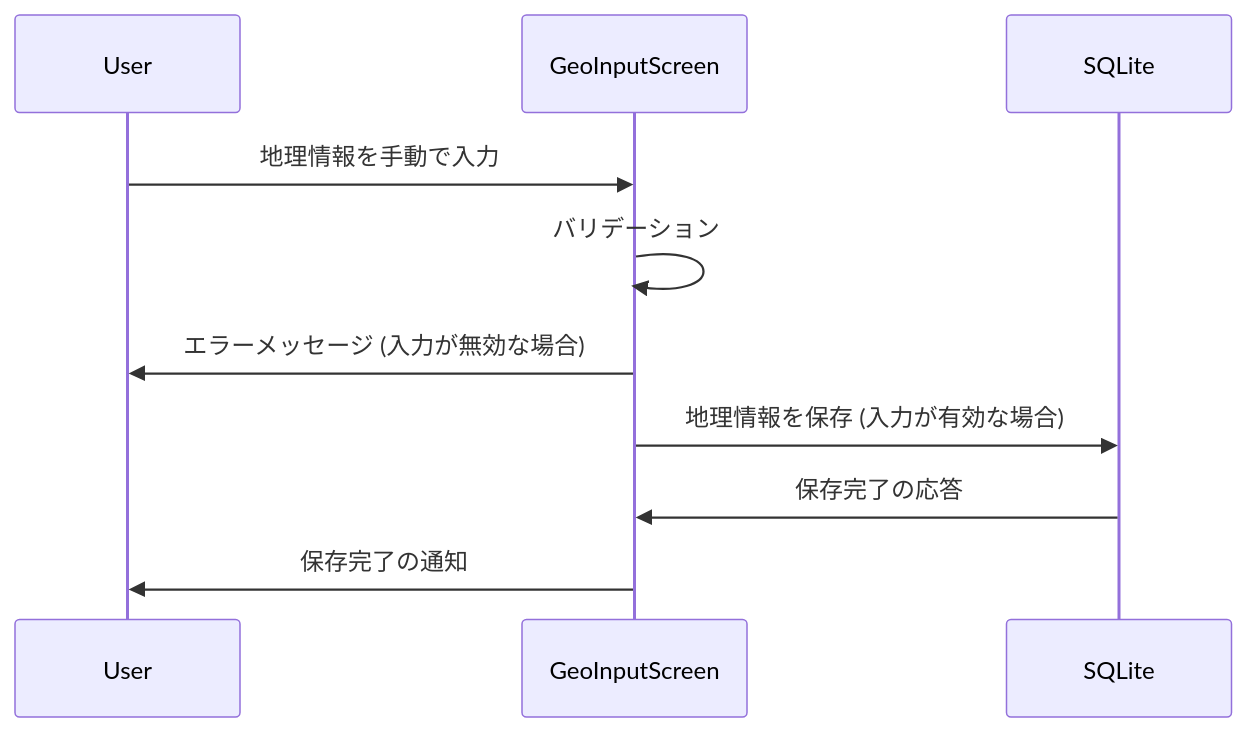
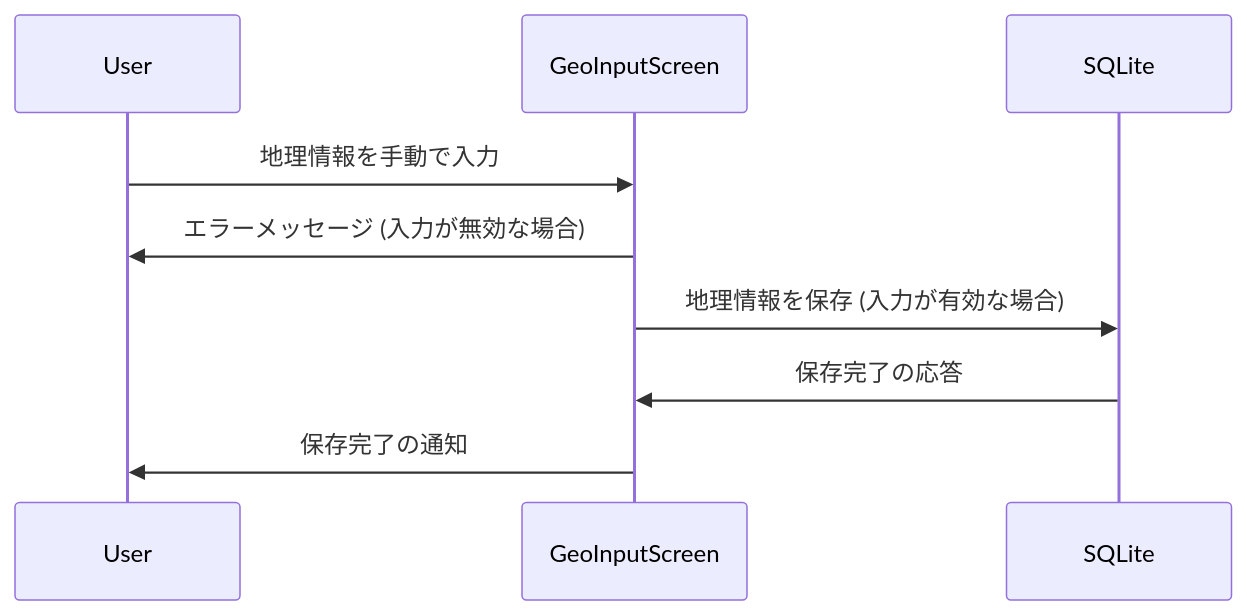
One commit to Mekann2904/Web-Application-Exercise changed the third of 6 diagrams in README.md. Above: the diagram before and after it, drawn with Mermaid.

Commit message:
地理情報入力の処理フローの編集

````diff
--- a/README.md
+++ b/README.md
@@ -237,13 +237,12 @@
 ```mermaid
 sequenceDiagram
     participant User
     participant GeoInputScreen
     participant SQLite
 
     User->>GeoInputScreen: 地理情報を手動で入力
-    GeoInputScreen->>GeoInputScreen: バリデーション
     GeoInputScreen->>User: エラーメッセージ (入力が無効な場合)
     GeoInputScreen->>SQLite: 地理情報を保存 (入力が有効な場合)
     SQLite->>GeoInputScreen: 保存完了の応答
     GeoInputScreen->>User: 保存完了の通知
 ```
````
